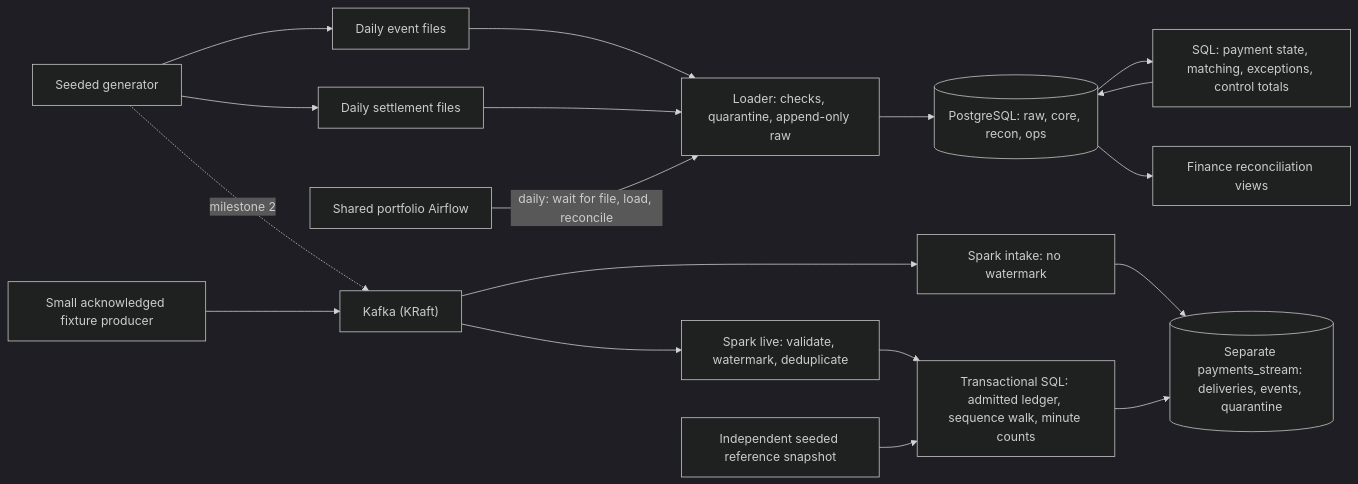
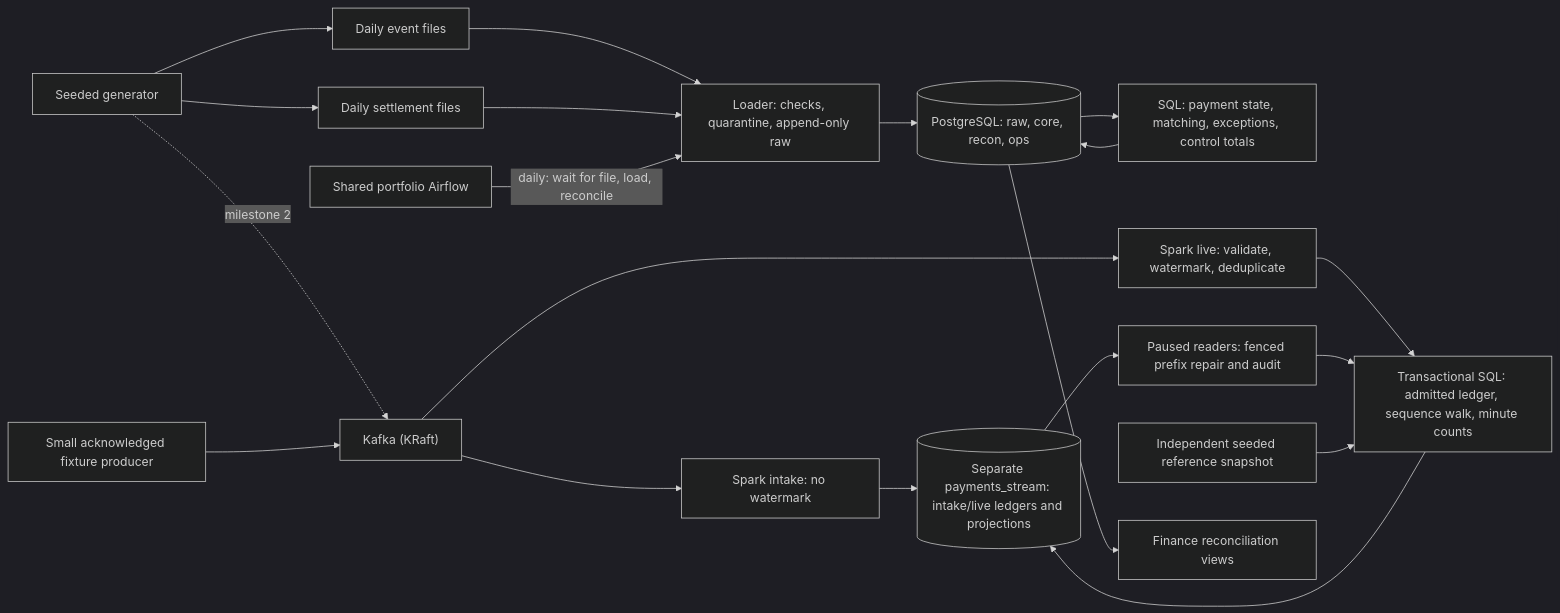
Before and after one commit to mhanssari/Data-AI-Engineering-Portfolio: the diagram in cases/03-payment-reconciliation/docs/architecture.md, drawn with Mermaid (dark theme). The commit also changed other lines of this file and 26 other files, not shown here.

````diff
--- a/cases/03-payment-reconciliation/docs/architecture.md
+++ b/cases/03-payment-reconciliation/docs/architecture.md
@@ -7,19 +7,21 @@
 ```mermaid
 flowchart LR
   G["Seeded generator"] --> EF["Daily event files"]
   G --> SF["Daily settlement files"]
   G -. "milestone 2" .-> K["Kafka (KRaft)"]
   FP["Small acknowledged fixture producer"] --> K
   K --> SI["Spark intake: no watermark"]
-  SI --> SD[("Separate payments_stream: deliveries, events, quarantine")]
+  SI --> SD[("Separate payments_stream: intake/live ledgers and projections")]
   EF & SF --> L["Loader: checks, quarantine, append-only raw"]
   L --> PG[("PostgreSQL: raw, core, recon, ops")]
   PG --> R["SQL: payment state, matching, exceptions, control totals"]
   R --> PG
   K --> S["Spark live: validate, watermark, deduplicate"]
   S --> LS["Transactional SQL: admitted ledger, sequence walk, minute counts"]
   LS --> SD
+  SD --> BF["Paused readers: fenced prefix repair and audit"]
+  BF --> LS
   MR["Independent seeded reference snapshot"] --> LS
   AF["Shared portfolio Airflow"] -- "daily: wait for file, load, reconcile" --> L
   PG --> V["Finance reconciliation views"]
 ```
````
